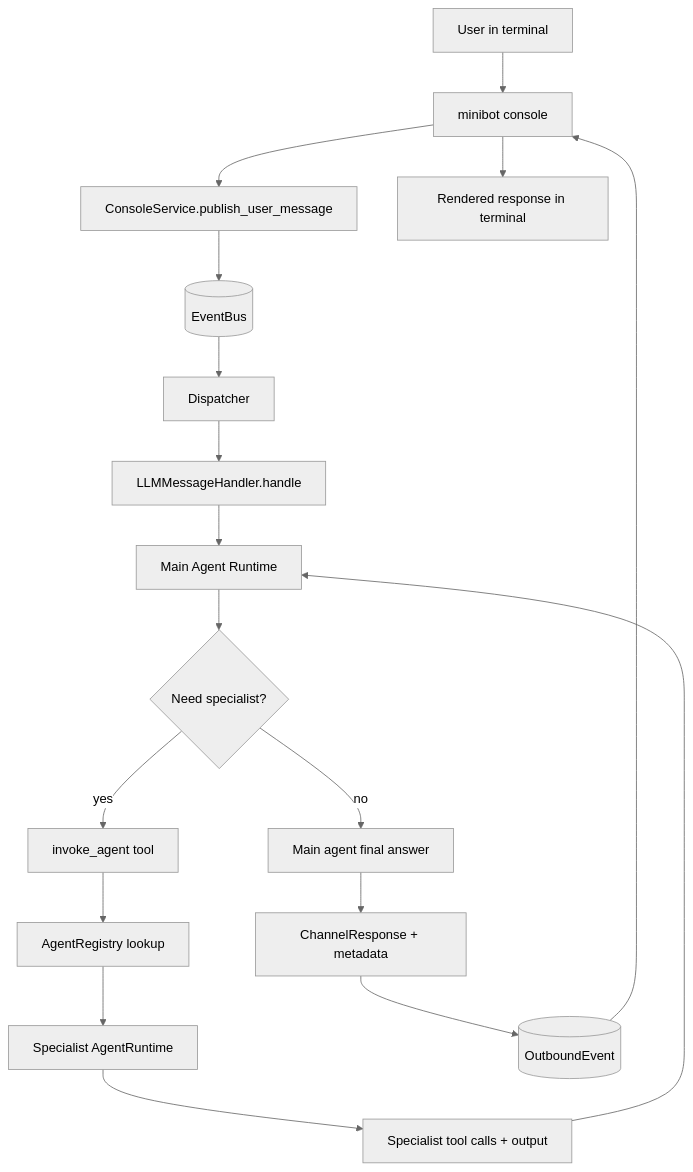
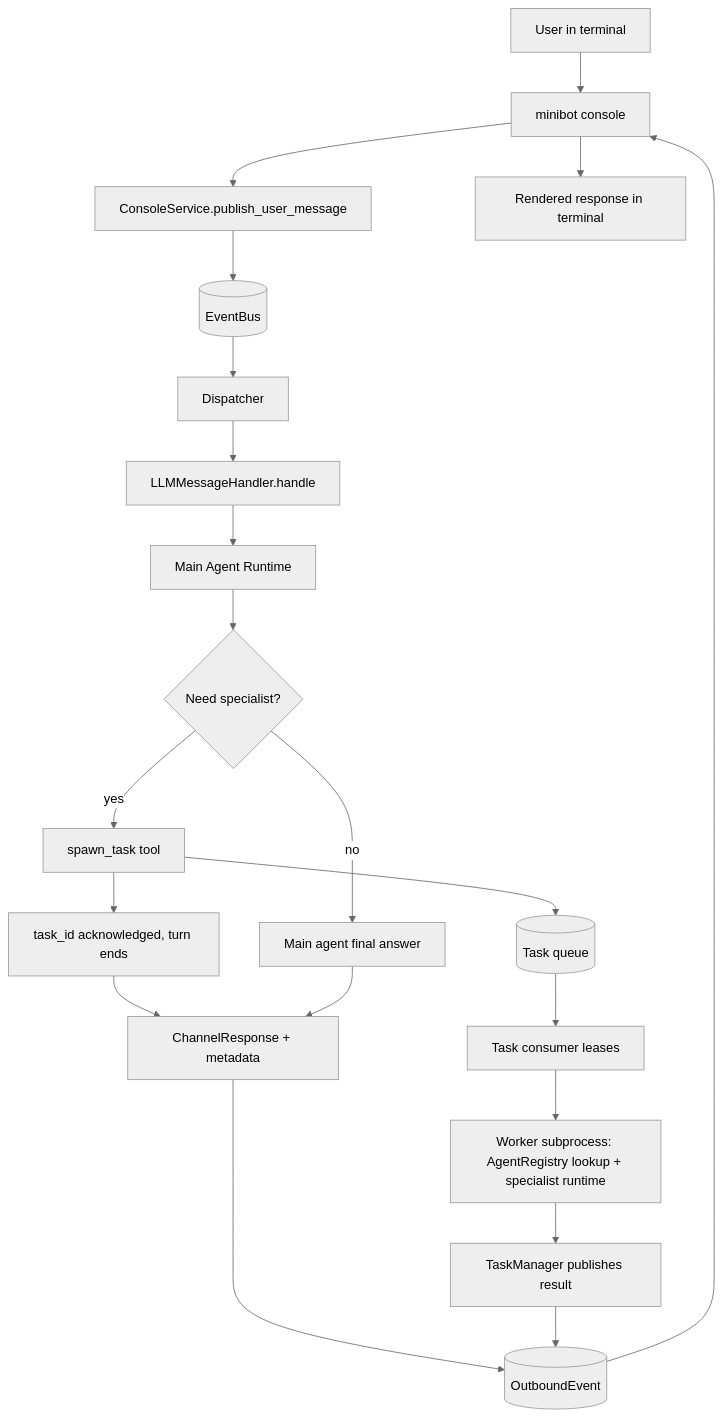
Before and after one commit to sonic182/minibot: the diagram in docs/architecture.md, drawn with Mermaid (neutral theme). The commit also changed other lines of this file and 78 other files, not shown here.

First line of the commit message:
feat(agents)!: one delegation path — spawn_task, with per-call provider and model (#93)

````diff
--- a/docs/architecture.md
+++ b/docs/architecture.md
@@ -63,20 +63,23 @@
 ```mermaid
 flowchart TD
     U[User in terminal] --> C[minibot console]
     C --> CS[ConsoleService.publish_user_message]
     CS --> EB[(EventBus)]
     EB --> D[Dispatcher]
     D --> H[LLMMessageHandler.handle]
     H --> SUP[Main Agent Runtime]
     SUP --> DEC{Need specialist?}
     DEC -->|no| FINAL[Main agent final answer]
-    DEC -->|yes| IA[invoke_agent tool]
-    IA --> AR[AgentRegistry lookup]
-    AR --> S[Specialist AgentRuntime]
-    S --> T[Specialist tool calls + output]
-    T --> SUP
-    FINAL --> RESP[ChannelResponse + metadata]
+    DEC -->|yes| ST[spawn_task tool]
+    ST --> Q[(Task queue)]
+    ST --> ACK[task_id acknowledged, turn ends]
+    Q --> CON[Task consumer leases]
+    CON --> W[Worker subprocess: AgentRegistry lookup + specialist runtime]
+    W --> RES[TaskManager publishes result]
+    ACK --> RESP[ChannelResponse + metadata]
+    FINAL --> RESP
     RESP --> EB2[(OutboundEvent)]
+    RES --> EB2
     EB2 --> C
     C --> U2[Rendered response in terminal]
 ```
````
